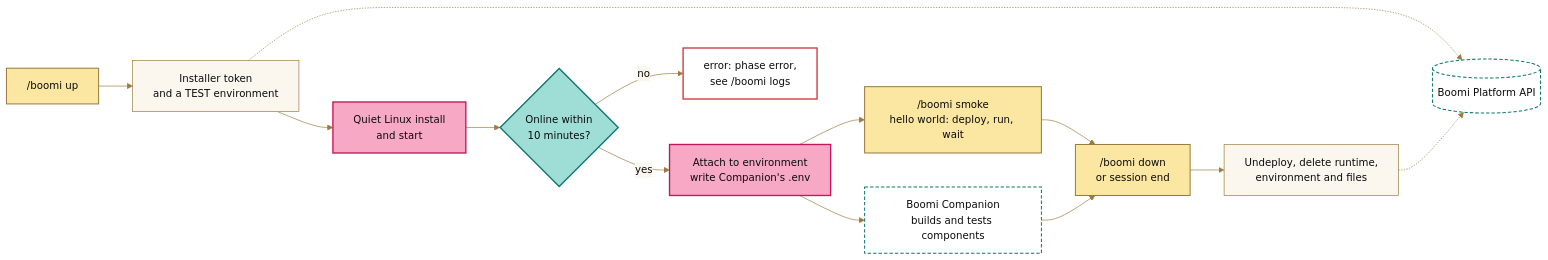
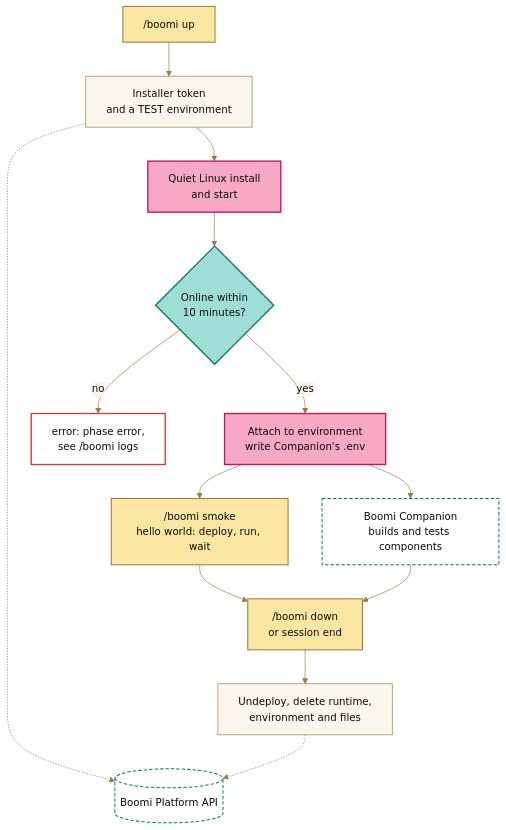
Before and after one commit to brianbrinley/ClaudeMods: the diagram in boomi-runtime/README.md, drawn with Mermaid.

Commit message:
boomi-runtime README: run the lifecycle diagram top to bottom
Left to right, its eleven steps shrank to unreadable text on a phone.
Top to bottom it draws at its natural size: 730px wide in the same
15px type as the other diagrams, and fits a 390px screen.

Claude-Session: https://claude.ai/code/session_01H3rTU32G2ef7gXh1ZNcYaB

````diff
--- a/boomi-runtime/README.md
+++ b/boomi-runtime/README.md
@@ -14,27 +14,27 @@
 ```mermaid
 %%{init: {"theme": "base", "fontFamily": "Josefin Sans, trebuchet ms, verdana, arial, sans-serif", "themeVariables": {"fontSize": "15px", "background": "#FBF6EE", "primaryColor": "#FBF6EE", "primaryTextColor": "#0B0B0B", "primaryBorderColor": "#9A7B3F", "lineColor": "#9A7B3F", "textColor": "#0B0B0B", "secondaryColor": "#9FDED6", "tertiaryColor": "#FBE7A1", "edgeLabelBackground": "#FBF6EE", "clusterBkg": "#FBF6EE", "clusterBorder": "#9A7B3F", "actorBkg": "#F7A8C4", "actorBorder": "#C2185B", "actorTextColor": "#0B0B0B", "actorLineColor": "#9A7B3F", "signalColor": "#0B0B0B", "signalTextColor": "#0B0B0B", "labelBoxBkgColor": "#FBE7A1", "labelBoxBorderColor": "#9A7B3F", "labelTextColor": "#0B0B0B", "loopTextColor": "#0B0B0B", "noteBkgColor": "#FBE7A1", "noteBorderColor": "#9A7B3F", "noteTextColor": "#0B0B0B", "activationBkgColor": "#9FDED6", "activationBorderColor": "#0F766E", "sequenceNumberColor": "#FBF6EE"}}}%%
-flowchart LR
+flowchart TB
     A["/boomi up"] --> B["Installer token<br/>and a TEST environment"]
     B --> C["Quiet Linux install<br/>and start"]
     C --> D{"Online within<br/>10 minutes?"}
     D -- yes --> E["Attach to environment<br/>write Companion's .env"]
     D -- no --> X["error: phase error,<br/>see /boomi logs"]
     E --> F["/boomi smoke<br/>hello world: deploy, run, wait"]
     E --> G["Boomi Companion<br/>builds and tests components"]
     F --> H["/boomi down<br/>or session end"]
     G --> H
     H --> I["Undeploy, delete runtime,<br/>environment and files"]
     P[("Boomi Platform API")]
     B -.-> P
     I -.-> P
     class C,E focus
     class D decision
     class A,F,H highlight
     class P,G external
     class X error
     classDef focus fill:#F7A8C4,stroke:#C2185B,stroke-width:2px,color:#0B0B0B
     classDef decision fill:#9FDED6,stroke:#0F766E,stroke-width:2px,color:#0B0B0B
     classDef highlight fill:#FBE7A1,stroke:#9A7B3F,stroke-width:1.5px,color:#0B0B0B
     classDef external fill:#FFFFFF,stroke:#0F766E,stroke-width:1.5px,stroke-dasharray:5 3,color:#0B0B0B
     classDef error fill:#FFFFFF,stroke:#D03B3B,stroke-width:2px,color:#0B0B0B
 ```
````
